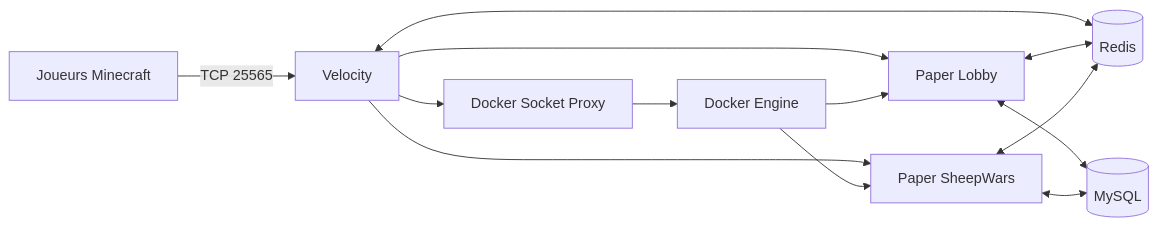
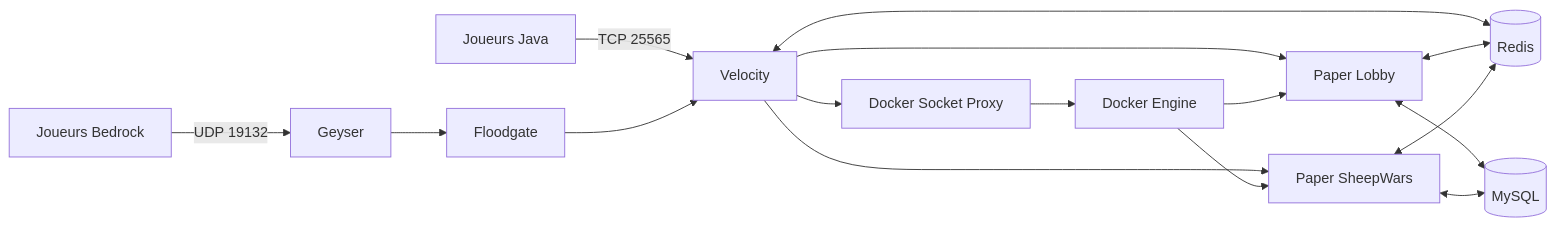
One commit to Meteoriix/tropicube changed the diagram in docs/ARCHITECTURE.md. Above: the diagram before and after it, drawn with Mermaid. The commit also changed other lines of this file and 37 other files, not shown here.

First line of the commit message:
feat(infra): ajoute l'accès Bedrock avec Geyser

````diff
--- a/docs/ARCHITECTURE.md
+++ b/docs/ARCHITECTURE.md
@@ -5,15 +5,18 @@
 ```mermaid
 flowchart LR
-    P[Joueurs Minecraft] -->|TCP 25565| V[Velocity]
+    J[Joueurs Java] -->|TCP 25565| V[Velocity]
+    B[Joueurs Bedrock] -->|UDP 19132| G[Geyser]
+    G --> F[Floodgate]
+    F --> V
     V --> L[Paper Lobby]
     V --> S[Paper SheepWars]
     V --> DP[Docker Socket Proxy]
     DP --> D[Docker Engine]
     V <--> R[(Redis)]
     L <--> R
     S <--> R
     L <--> M[(MySQL)]
     S <--> M
     D --> L
     D --> S
 ```
````
